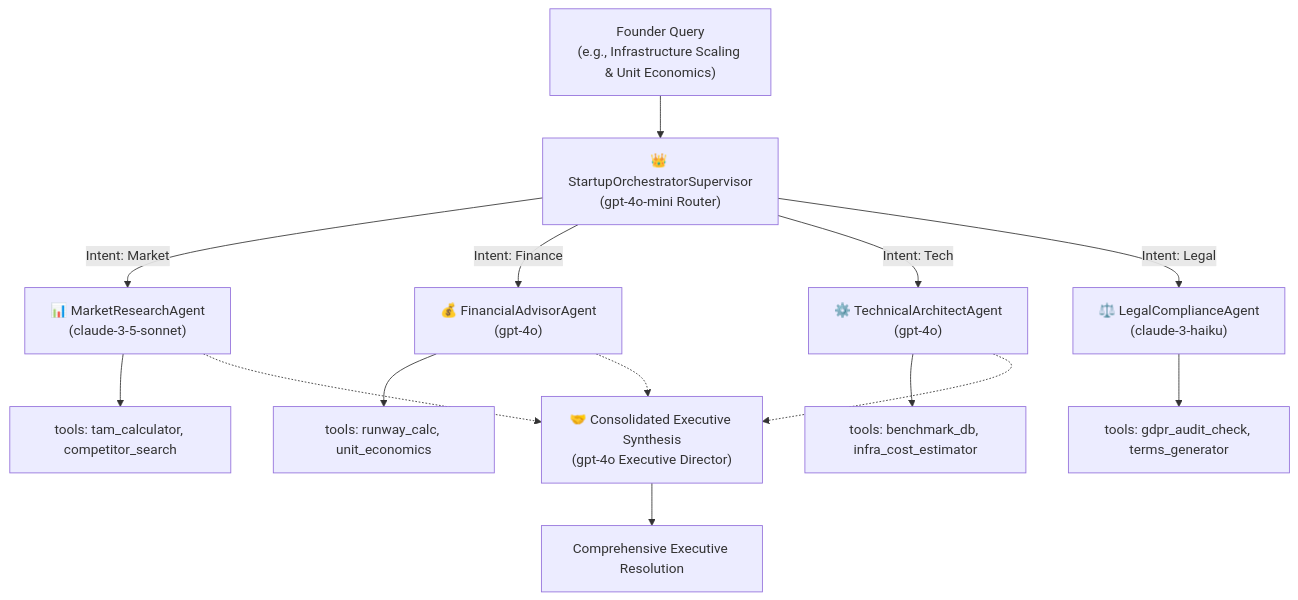
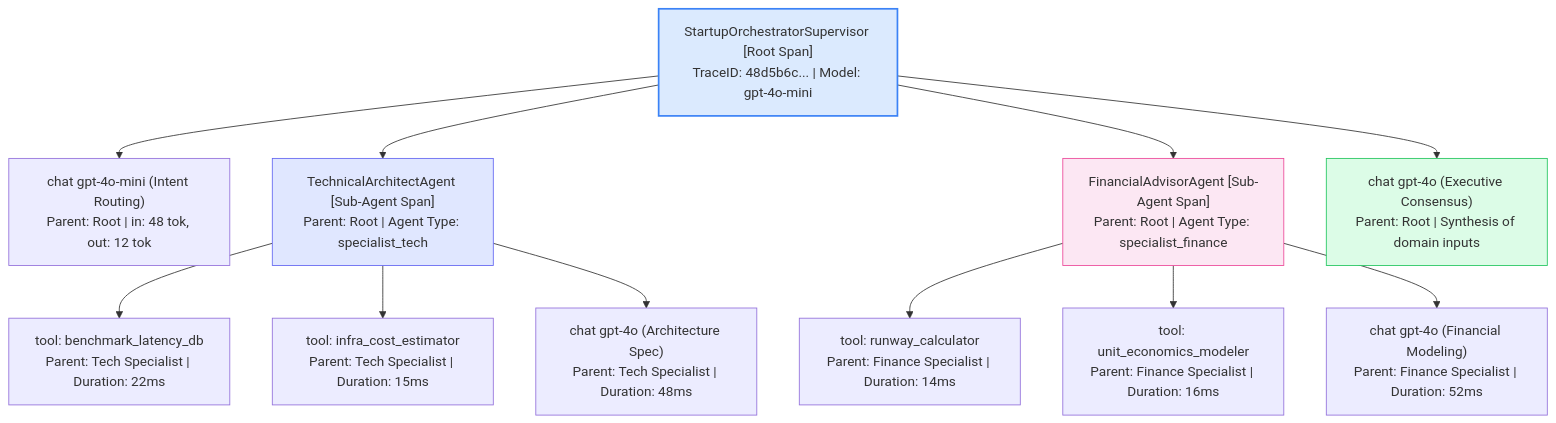
One commit to chetan15994-alt/nanotrace changed the fourth of 6 diagrams in docs/USER_MANUAL.md. Above: the diagram before and after it, drawn with Mermaid. The commit also changed other lines of this file and 2 other files, not shown here.

Commit message:
docs: author comprehensive AGENTS_AND_SYSTEMS guide, redesign USER_MANUAL into visual infographic, and refine README into professional enterprise standard

````diff
--- a/docs/USER_MANUAL.md
+++ b/docs/USER_MANUAL.md
@@ -291,19 +117,22 @@
 ```mermaid
-flowchart TD
-    UserQuery["Founder Query\n(e.g., Infrastructure Scaling & Unit Economics)"] --> Supervisor["👑 StartupOrchestratorSupervisor\n(gpt-4o-mini Router)"]
+graph TD
+    Root["StartupOrchestratorSupervisor [Root Span]\nTraceID: 48d5b6c... | Model: gpt-4o-mini"]
     
-    Supervisor -->|Intent: Market| AgentMarket["📊 MarketResearchAgent\n(claude-3-5-sonnet)"]
-    Supervisor -->|Intent: Finance| AgentFinance["💰 FinancialAdvisorAgent\n(gpt-4o)"]
-    Supervisor -->|Intent: Tech| AgentTech["⚙️ TechnicalArchitectAgent\n(gpt-4o)"]
-    Supervisor -->|Intent: Legal| AgentLegal["⚖️ LegalComplianceAgent\n(claude-3-haiku)"]
+    Root --> Router["chat gpt-4o-mini (Intent Routing)\nParent: Root | in: 48 tok, out: 12 tok"]
+    Root --> Spec1["TechnicalArchitectAgent [Sub-Agent Span]\nParent: Root | Agent Type: specialist_tech"]
+    Root --> Spec2["FinancialAdvisorAgent [Sub-Agent Span]\nParent: Root | Agent Type: specialist_finance"]
+    Root --> Consensus["chat gpt-4o (Executive Consensus)\nParent: Root | Synthesis of domain inputs"]
     
-    AgentMarket --> MTools["tools: tam_calculator, competitor_search"]
-    AgentFinance --> FTools["tools: runway_calc, unit_economics"]
-    AgentTech --> TTools["tools: benchmark_db, infra_cost_estimator"]
-    AgentLegal --> LTools["tools: gdpr_audit_check, terms_generator"]
+    Spec1 --> Tool1["tool: benchmark_latency_db\nParent: Tech Specialist | Duration: 22ms"]
+    Spec1 --> Tool2["tool: infra_cost_estimator\nParent: Tech Specialist | Duration: 15ms"]
+    Spec1 --> LLM1["chat gpt-4o (Architecture Spec)\nParent: Tech Specialist | Duration: 48ms"]
     
-    AgentTech -.-> Consensus["🤝 Consolidated Executive Synthesis\n(gpt-4o Executive Director)"]
-    AgentFinance -.-> Consensus
-    AgentMarket -.-> Consensus
-    Consensus --> FinalResponse["Comprehensive Executive Resolution"]
+    Spec2 --> Tool3["tool: runway_calculator\nParent: Finance Specialist | Duration: 14ms"]
+    Spec2 --> Tool4["tool: unit_economics_modeler\nParent: Finance Specialist | Duration: 16ms"]
+    Spec2 --> LLM2["chat gpt-4o (Financial Modeling)\nParent: Finance Specialist | Duration: 52ms"]
+
+    style Root fill:#dbeafe,stroke:#3b82f6,stroke-width:2px
+    style Spec1 fill:#e0e7ff,stroke:#6366f1,stroke-width:1px
+    style Spec2 fill:#fce7f3,stroke:#ec4899,stroke-width:1px
+    style Consensus fill:#dcfce7,stroke:#22c55e,stroke-width:1px
 ```
````
